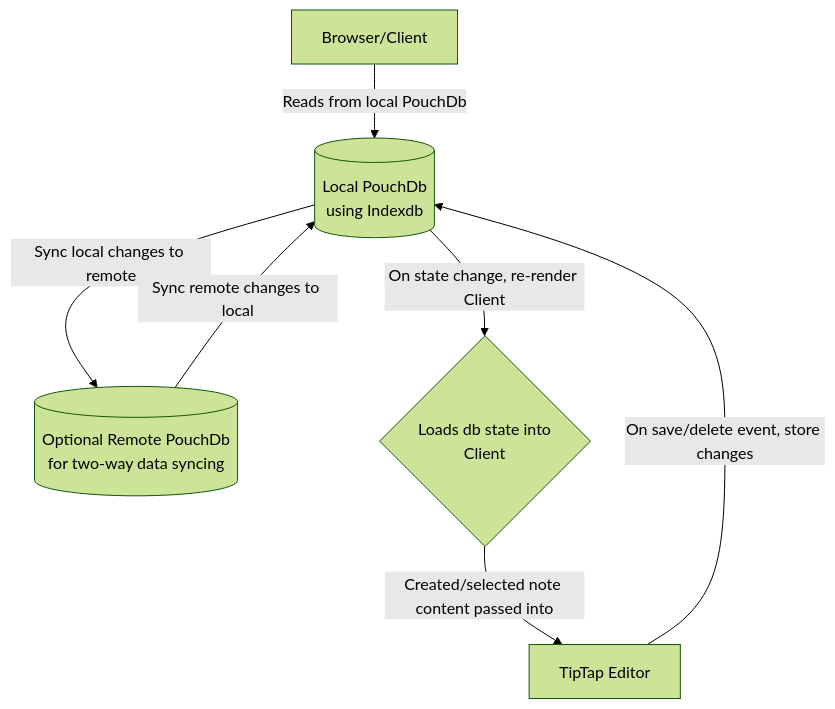
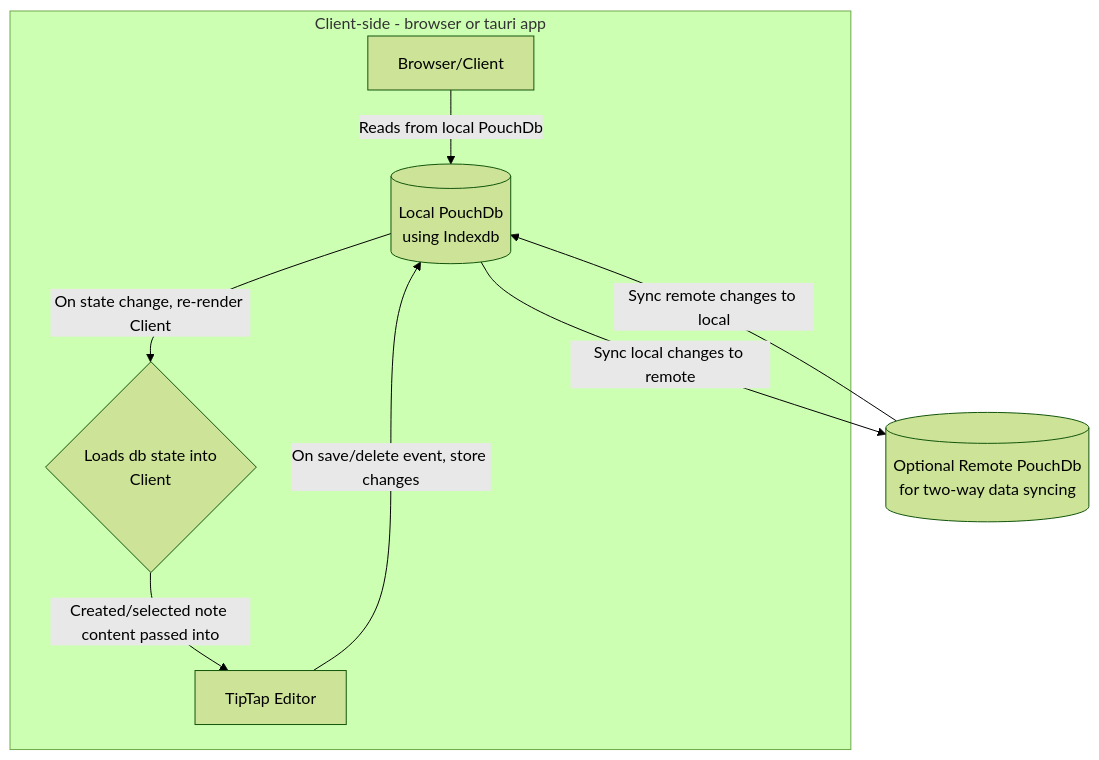
The diagram in README.md (ste163/notes), drawn with Mermaid (forest theme) before and after one commit. The commit also changed 6 other files, not shown here.

````diff
--- a/README.md
+++ b/README.md
@@ -39,10 +39,11 @@
 ```mermaid
 flowchart TD
-    A[Browser/Client] -- Reads from local PouchDb --> B[(Local PouchDb \n using Indexdb)]
-    B -- Sync local changes to remote --> C[(Optional Remote PouchDb \n for two-way data syncing)]
-    C -- Sync remote changes to local --> B
-    B -- On state change, re-render Client --> D{Loads db state into \n Client}
-    D -- Created/selected note content passed into --> E[TipTap Editor]
-    E -- On save/delete event, store changes --> B
-
+    subgraph Client-side - browser or tauri app
+      A[Browser/Client] -- Reads from local PouchDb --> B[(Local PouchDb \n using Indexdb)]
+      B -- On state change, re-render Client --> D{Loads db state into \n Client}
+      D -- Created/selected note content passed into --> E[TipTap Editor]
+      E -- On save/delete event, store changes --> B
+    end
+  B -- Sync local changes to remote --> C[(Optional Remote PouchDb \n for two-way data syncing)]
+  C -- Sync remote changes to local --> B
 ```
````
